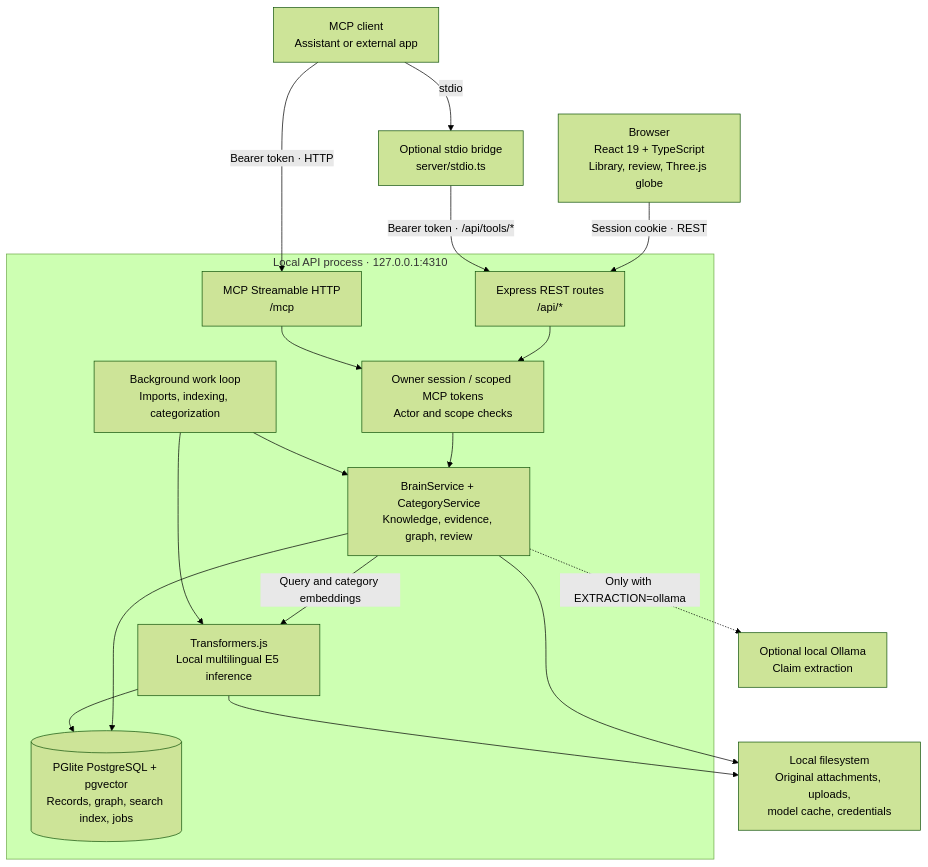
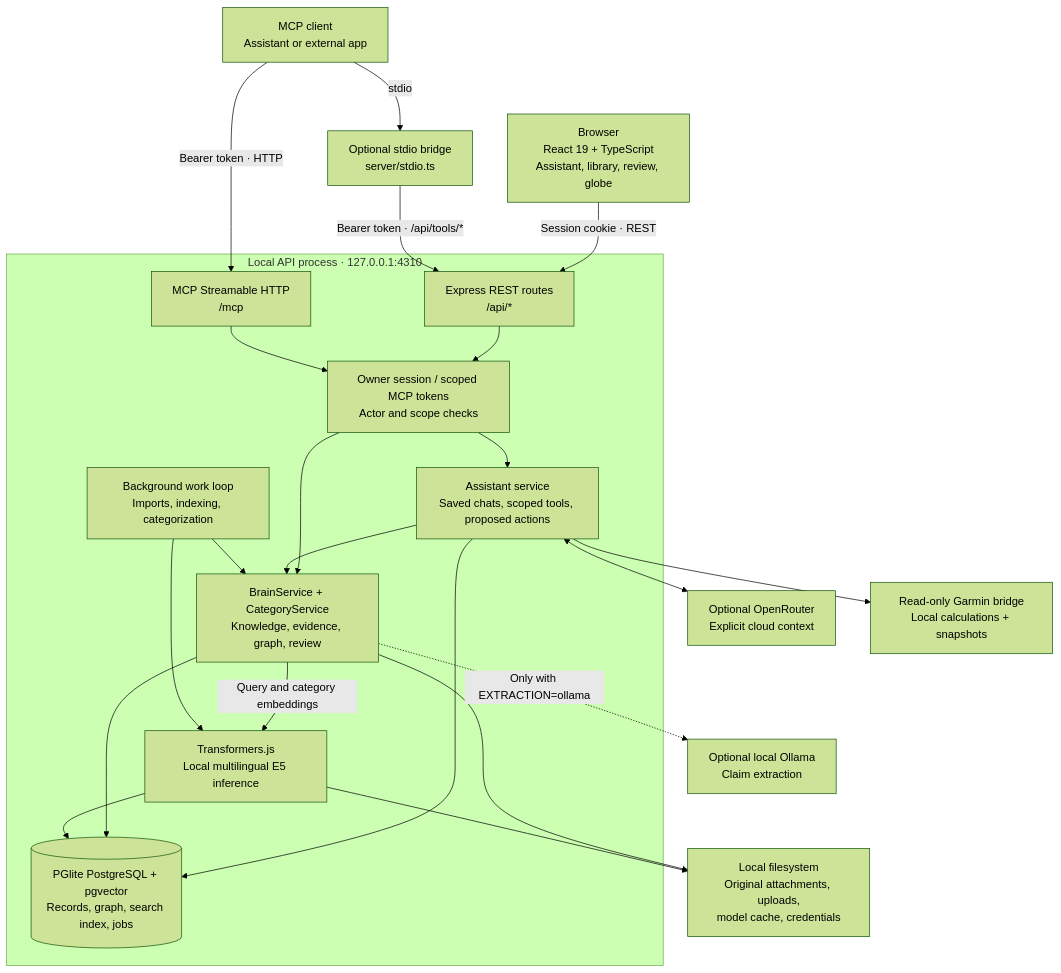
One commit to mattz1337/matts-second-brain changed the first of 3 diagrams in README.md. Above: the diagram before and after it, drawn with Mermaid (forest theme). The commit also changed other lines of this file and 40 other files, not shown here.

Commit message:
Add cited assistant conversations, Garmin connector and Graphify review

````diff
--- a/README.md
+++ b/README.md
@@ -168,35 +170,43 @@
 ```mermaid
 flowchart TB
-  Browser["Browser<br/>React 19 + TypeScript<br/>Library, review, Three.js globe"]
+  Browser["Browser<br/>React 19 + TypeScript<br/>Assistant, library, review, globe"]
   Client["MCP client<br/>Assistant or external app"]
   Bridge["Optional stdio bridge<br/>server/stdio.ts"]
 
   subgraph API["Local API process · 127.0.0.1:4310"]
     REST["Express REST routes<br/>/api/*"]
     MCP["MCP Streamable HTTP<br/>/mcp"]
     Auth["Owner session / scoped MCP tokens<br/>Actor and scope checks"]
     Service["BrainService + CategoryService<br/>Knowledge, evidence, graph, review"]
+    Assistant["Assistant service<br/>Saved chats, scoped tools, proposed actions"]
     Worker["Background work loop<br/>Imports, indexing, categorization"]
     Model["Transformers.js<br/>Local multilingual E5 inference"]
     DB[("PGlite PostgreSQL + pgvector<br/>Records, graph, search index, jobs")]
   end
 
   Files["Local filesystem<br/>Original attachments, uploads,<br/>model cache, credentials"]
   Ollama["Optional local Ollama<br/>Claim extraction"]
+  Cloud["Optional OpenRouter<br/>Explicit cloud context"]
+  Garmin["Read-only Garmin bridge<br/>Local calculations + snapshots"]
 
   Browser -->|"Session cookie · REST"| REST
   Client -->|"Bearer token · HTTP"| MCP
   Client -->|stdio| Bridge
   Bridge -->|"Bearer token · /api/tools/*"| REST
   REST --> Auth
   MCP --> Auth
   Auth --> Service
+  Auth --> Assistant
+  Assistant --> Service
+  Assistant --> DB
+  Assistant <--> Cloud
+  Assistant --> Garmin
   Service --> DB
   Service --> Files
   Service -->|"Query and category embeddings"| Model
   Worker --> Service
   Worker --> Model
   Model --> DB
   Model --> Files
   Service -.->|"Only with EXTRACTION=ollama"| Ollama
 ```
````
